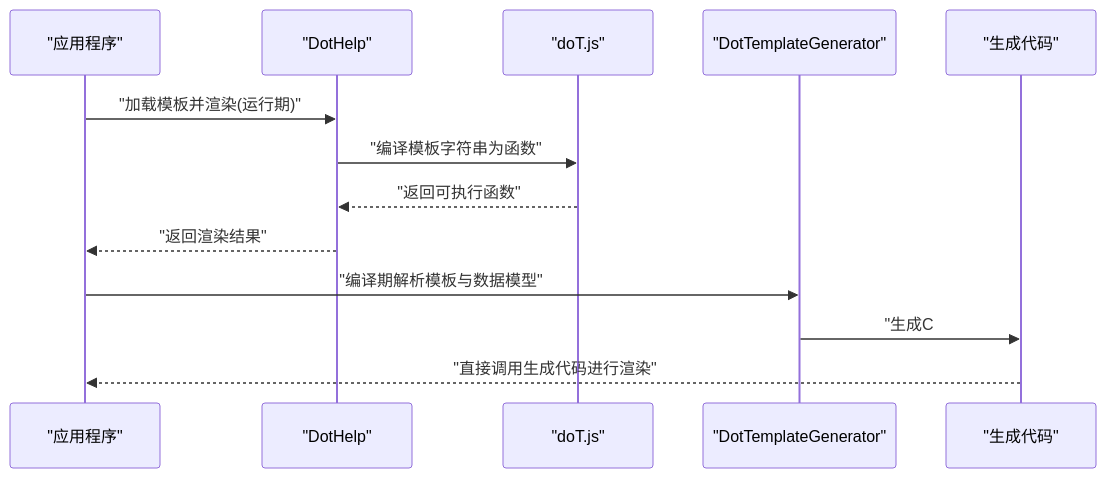
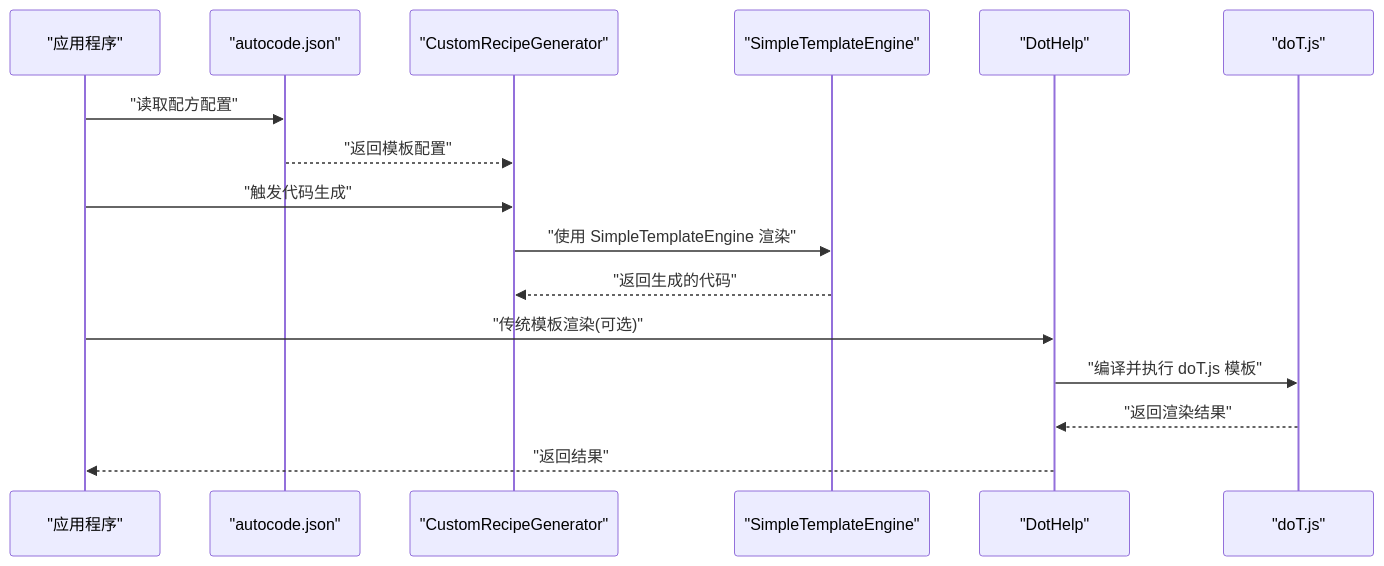
The second of 8 diagrams in .qoder/repowiki/zh/content/模板系统/模板系统.md (alivy/AutoCode), drawn with Mermaid before and after one commit. The commit also changed other lines of this file and 279 other files, not shown here.

````diff
--- a/.qoder/repowiki/zh/content/模板系统/模板系统.md
+++ b/.qoder/repowiki/zh/content/模板系统/模板系统.md
@@ -142,15 +169,18 @@
 ```mermaid
 sequenceDiagram
 participant App as "应用程序"
+participant Config as "autocode.json"
+participant CRG as "CustomRecipeGenerator"
+participant Engine as "SimpleTemplateEngine"
 participant Helper as "DotHelp"
-participant Engine as "doT.js"
-participant Gen as "DotTemplateGenerator"
-participant Code as "生成代码"
-App->>Helper : "加载模板并渲染(运行期)"
-Helper->>Engine : "编译模板字符串为函数"
-Engine-->>Helper : "返回可执行函数"
-Helper-->>App : "返回渲染结果"
-App->>Gen : "编译期解析模板与数据模型"
-Gen->>Code : "生成C#渲染逻辑"
-Code-->>App : "直接调用生成代码进行渲染"
+participant JS as "doT.js"
+App->>Config : "读取配方配置"
+Config-->>CRG : "返回模板配置"
+App->>CRG : "触发代码生成"
+CRG->>Engine : "使用 SimpleTemplateEngine 渲染"
+Engine-->>CRG : "返回生成的代码"
+App->>Helper : "传统模板渲染(可选)"
+Helper->>JS : "编译并执行 doT.js 模板"
+JS-->>Helper : "返回渲染结果"
+Helper-->>App : "返回结果"
 ```
````
